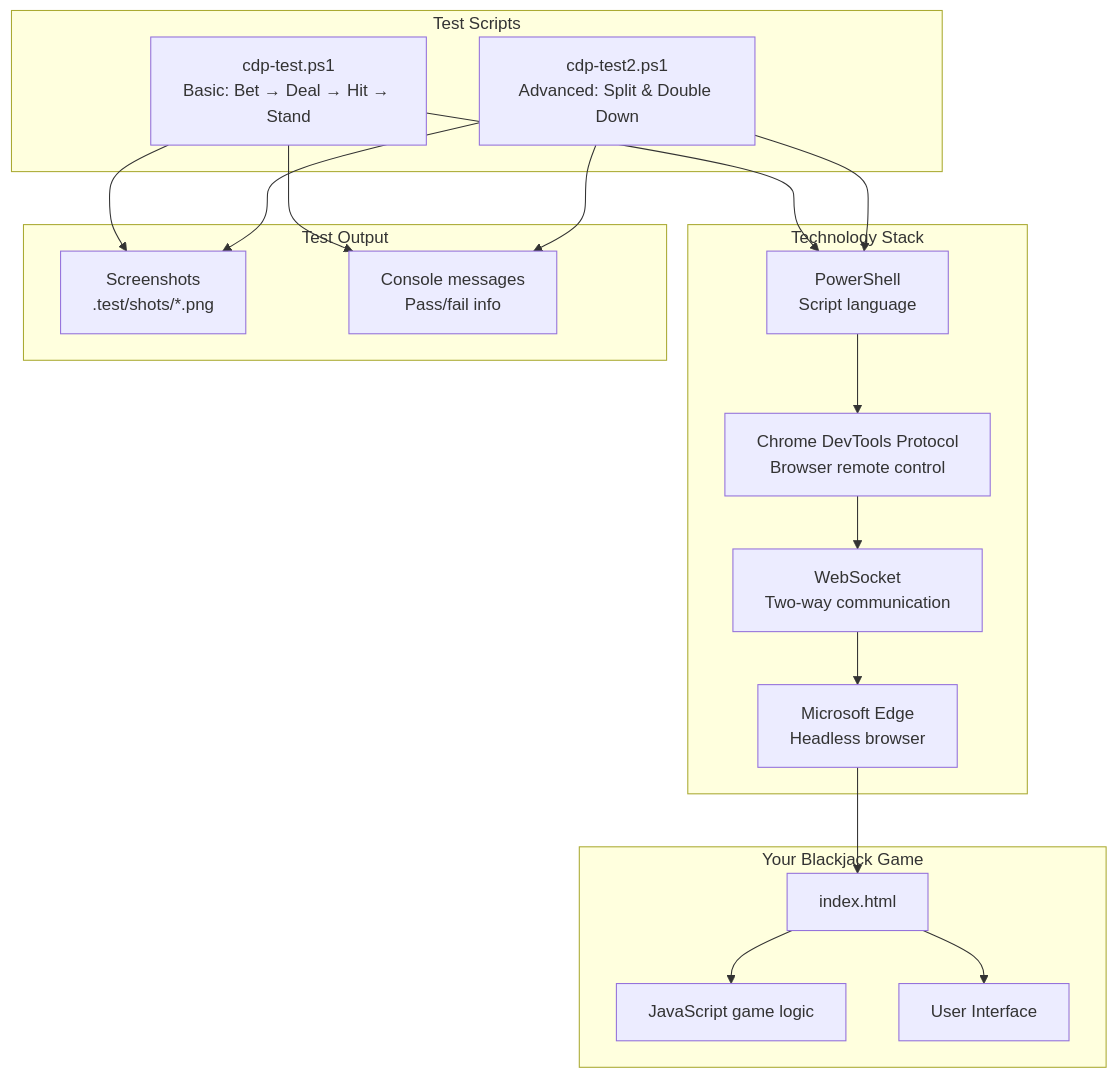
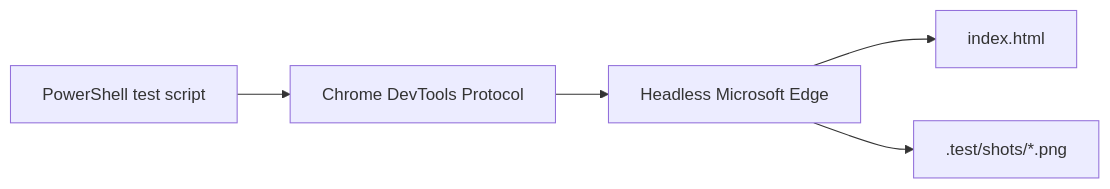
Before and after one commit to Chalmers2000/Blackjack: the diagram in TestPlan.md, drawn with Mermaid. The commit also changed other lines of this file, not shown here.

````diff
--- a/TestPlan.md
+++ b/TestPlan.md
@@ -296,33 +34,7 @@
 ```mermaid
-flowchart TB
-    subgraph Tests["Test Scripts"]
-        T1[cdp-test.ps1<br/>Basic: Bet → Deal → Hit → Stand]
-        T2[cdp-test2.ps1<br/>Advanced: Split & Double Down]
-    end
-
-    subgraph Tech["Technology Stack"]
-        PS[PowerShell<br/>Script language]
-        CDP[Chrome DevTools Protocol<br/>Browser remote control]
-        WS[WebSocket<br/>Two-way communication]
-        Edge[Microsoft Edge<br/>Headless browser]
-    end
-
-    subgraph Game["Your Blackjack Game"]
-        HTML[index.html]
-        JS[JavaScript game logic]
-        UI[User Interface]
-    end
-
-    subgraph Output["Test Output"]
-        SHOTS[Screenshots<br/>.test/shots/*.png]
-        CONSOLE[Console messages<br/>Pass/fail info]
-    end
-
-    T1 & T2 --> PS
-    PS --> CDP
-    CDP --> WS
-    WS --> Edge
-    Edge --> HTML
-    HTML --> JS & UI
-    T1 & T2 --> SHOTS & CONSOLE
+flowchart LR
+    PS["PowerShell test script"] --> CDP["Chrome DevTools Protocol"]
+    CDP --> Edge["Headless Microsoft Edge"]
+    Edge --> Game["index.html"]
+    Edge --> Shots[".test/shots/*.png"]
 ```
````
